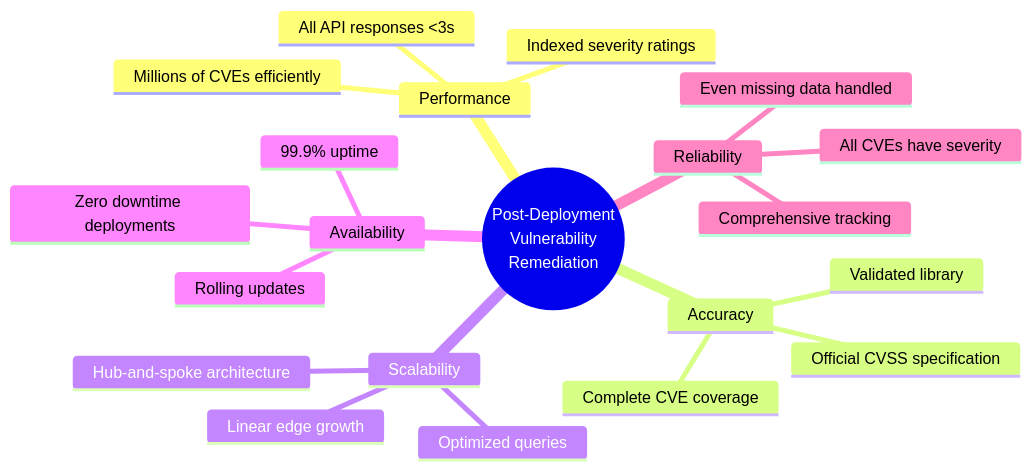
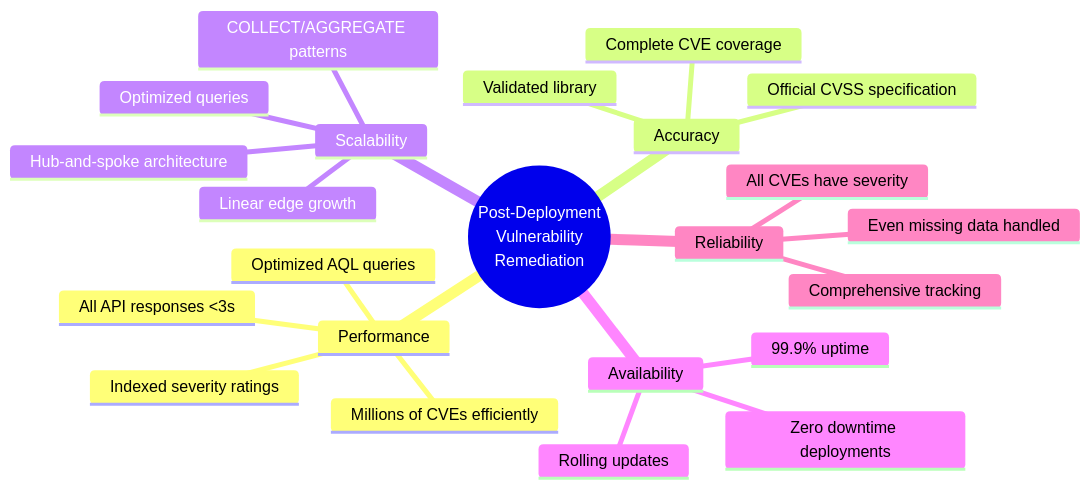
Diagram 23 of 23 in design.md (ortelius/cve2release-tracker), drawn with Mermaid before and after one commit. The commit also changed other lines of this file, not shown here.

````diff
--- a/design.md
+++ b/design.md
@@ -1967,24 +1962,26 @@
 ```mermaid
 mindmap
   root((Post-Deployment<br/>Vulnerability<br/>Remediation))
     Performance
       All API responses <3s
       Indexed severity ratings
+      Optimized AQL queries
       Millions of CVEs efficiently
     Accuracy
       Official CVSS specification
       Validated library
       Complete CVE coverage
     Scalability
       Linear edge growth
       Hub-and-spoke architecture
       Optimized queries
+      COLLECT/AGGREGATE patterns
     Availability
       Rolling updates
       99.9% uptime
       Zero downtime deployments
     Reliability
       All CVEs have severity
       Even missing data handled
       Comprehensive tracking
 ```
````
